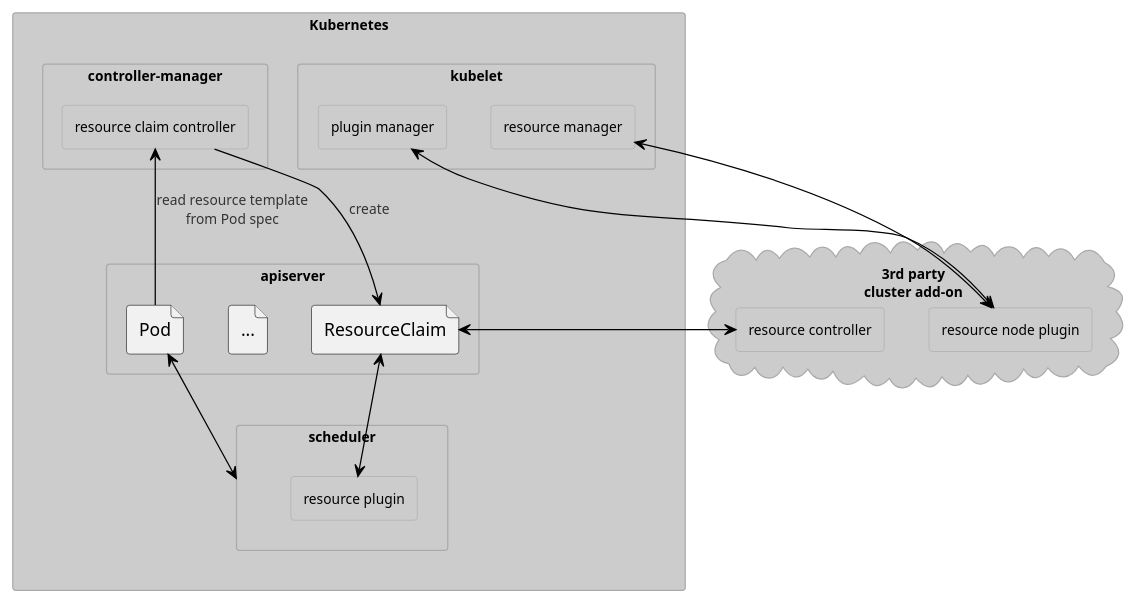
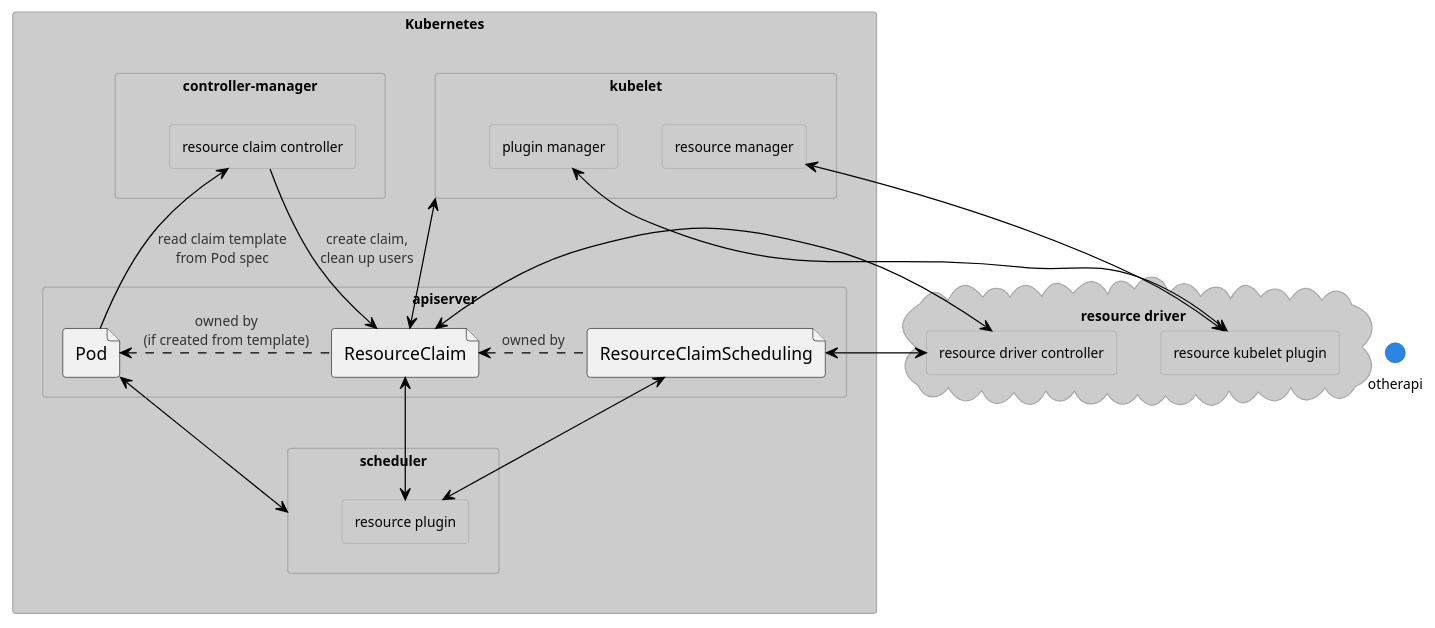
One commit to pohly/enhancements changed the diagram in keps/sig-node/3063-dynamic-resource-allocation/components.puml. Above: the diagram before and after it, drawn with PlantUML. The commit also changed 2 other files, not shown here.

Commit message:
dynamic resource allocation: separate ResourceClaimScheduling

```diff
--- a/keps/sig-node/3063-dynamic-resource-allocation/components.puml
+++ b/keps/sig-node/3063-dynamic-resource-allocation/components.puml
@@ -1,41 +1,49 @@
 @startuml
 !theme reddress-lightblue
 skinparam componentStyle rectangle
 
-cloud "3rd party\ncluster add-on" as 3rdparty {
-  component "resource controller" as vendorcontroller
-  component "resource node plugin" as vendornodeplugin
+cloud "resource driver" {
+  component "resource driver controller" as drivercontroller
+  component "resource kubelet plugin" as driverplugin
 }
 
 component Kubernetes {
   component apiserver {
       file Pod
-      file "..." as otherapi
       file ResourceClaim
+      file ResourceClaimScheduling
   }
   component scheduler {
     component "resource plugin" as k8sresourceplugin
   }
   component "controller-manager" as controllermanager {
     component "resource claim controller" as k8sresourceclaimcontroller
   }
   component kubelet {
     component "plugin manager" as pluginmanager
     component "resource manager" as resourcemanager
   }
 }
 
-vendorcontroller -[hidden]> vendornodeplugin
+controllermanager -[hidden]> kubelet
+drivercontroller -[hidden]> driverplugin
 Pod -[hidden]> otherapi
 otherapi -[hidden]> ResourceClaim
 
-Pod -u-> k8sresourceclaimcontroller: read resource template\nfrom Pod spec
-ResourceClaim <-u- k8sresourceclaimcontroller: create
+Pod <. ResourceClaim: owned by\n(if created from template)
+ResourceClaim <. ResourceClaimScheduling: owned by
+
+
+Pod -u-> k8sresourceclaimcontroller: read claim template\nfrom Pod spec
+ResourceClaim <-u- k8sresourceclaimcontroller: create claim,\nclean up users
+ResourceClaim <-u-> kubelet
+k8sresourceplugin <-u-> ResourceClaimScheduling
 
 Pod <--> scheduler
 ResourceClaim <--> k8sresourceplugin
 
-ResourceClaim <-> vendorcontroller
-pluginmanager <-> vendornodeplugin
-resourcemanager <-> vendornodeplugin
+ResourceClaim <-> drivercontroller
+pluginmanager <-> driverplugin
+resourcemanager <-> driverplugin
+ResourceClaimScheduling <-> drivercontroller
 @enduml
```
